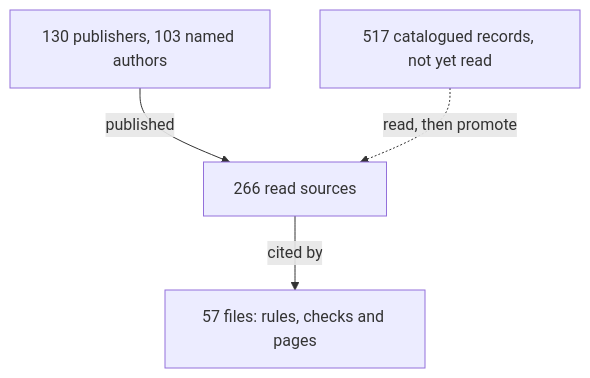
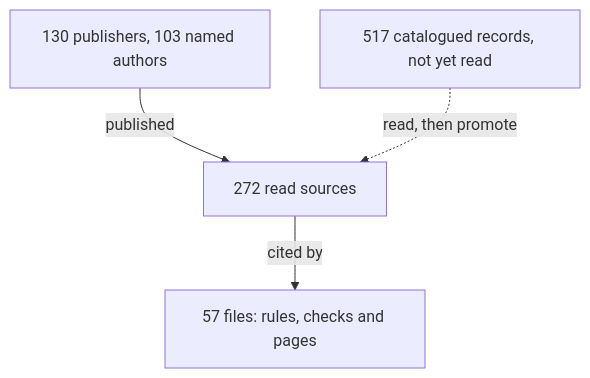
The diagram in docs/practice/experts.md (Valpatel/cad-agent), drawn with Mermaid before and after one commit. The commit also changed other lines of this file and 3 other files, not shown here.

Commit message:
docs: distil mould removal and release architecture reading

````diff
--- a/docs/practice/experts.md
+++ b/docs/practice/experts.md
@@ -6,7 +6,7 @@
 ```mermaid
 flowchart TD
-  P["130 publishers, 103 named authors"] -->|published| S["266 read sources"]
+  P["130 publishers, 103 named authors"] -->|published| S["272 read sources"]
   S -->|cited by| U["57 files: rules, checks and pages"]
   C["517 catalogued records, not yet read"] -.->|read, then promote| S
   class S here
 ```
````
